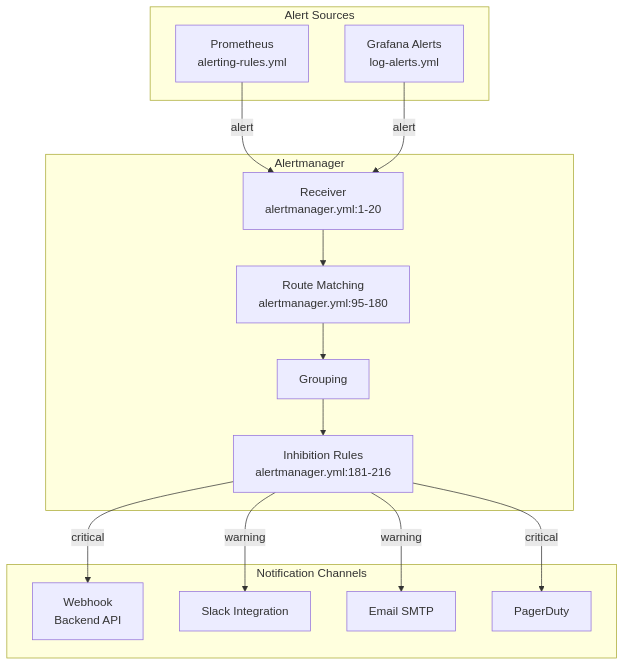
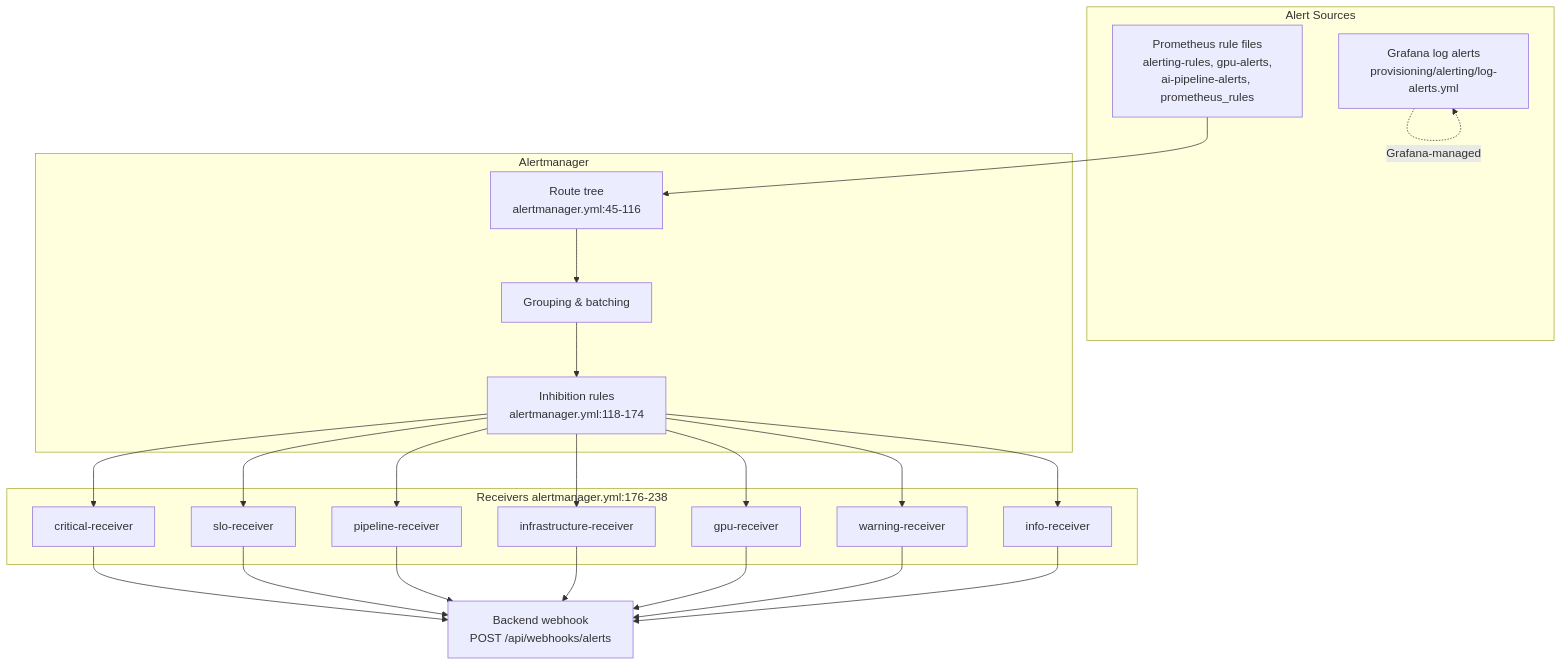
One commit to mikesvoboda/nemotron-v3-home-security-intelligence changed the diagram in docs/architecture/observability/alertmanager.md. Above: the diagram before and after it, drawn with Mermaid. The commit also changed other lines of this file and 313 other files, not shown here.

````diff
--- a/docs/architecture/observability/alertmanager.md
+++ b/docs/architecture/observability/alertmanager.md
@@ -22,31 +32,36 @@
 ```mermaid
 graph TD
     subgraph "Alert Sources"
-        PROM[Prometheus<br/>alerting-rules.yml]
-        GRAF[Grafana Alerts<br/>log-alerts.yml]
+        PROM[Prometheus rule files<br/>alerting-rules, gpu-alerts,<br/>ai-pipeline-alerts, prometheus_rules]
+        GRAF[Grafana log alerts<br/>provisioning/alerting/log-alerts.yml]
     end
 
     subgraph "Alertmanager"
-        REC[Receiver<br/>alertmanager.yml:1-20]
-        ROUTE[Route Matching<br/>alertmanager.yml:95-180]
-        GROUP[Grouping]
-        INHIB[Inhibition Rules<br/>alertmanager.yml:181-216]
+        ROUTE[Route tree<br/>alertmanager.yml:45-116]
+        GROUP[Grouping &amp; batching]
+        INHIB[Inhibition rules<br/>alertmanager.yml:118-174]
     end
 
-    subgraph "Notification Channels"
-        WH[Webhook<br/>Backend API]
-        SLACK[Slack Integration]
-        EMAIL[Email SMTP]
-        PD[PagerDuty]
+    subgraph "Receivers alertmanager.yml:176-238"
+        CRIT[critical-receiver]
+        SLO[slo-receiver]
+        PIPE[pipeline-receiver]
+        INFRA[infrastructure-receiver]
+        GPU[gpu-receiver]
+        WARN[warning-receiver]
+        INFO[info-receiver]
     end
 
-    PROM --> |alert| REC
-    GRAF --> |alert| REC
-    REC --> ROUTE
-    ROUTE --> GROUP
-    GROUP --> INHIB
-    INHIB --> |critical| WH
-    INHIB --> |critical| PD
-    INHIB --> |warning| SLACK
-    INHIB --> |warning| EMAIL
+    BE[Backend webhook<br/>POST /api/webhooks/alerts]
+
+    PROM --> ROUTE
+    GRAF -.Grafana-managed.-> GRAF
+    ROUTE --> GROUP --> INHIB
+    INHIB --> CRIT --> BE
+    INHIB --> SLO --> BE
+    INHIB --> PIPE --> BE
+    INHIB --> INFRA --> BE
+    INHIB --> GPU --> BE
+    INHIB --> WARN --> BE
+    INHIB --> INFO --> BE
 ```
````
